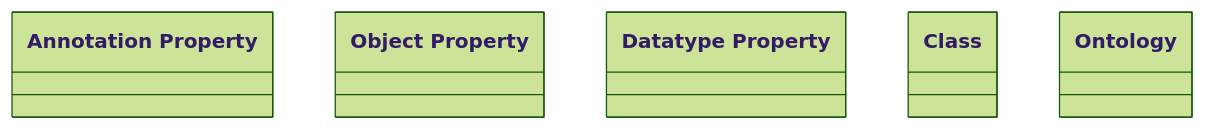
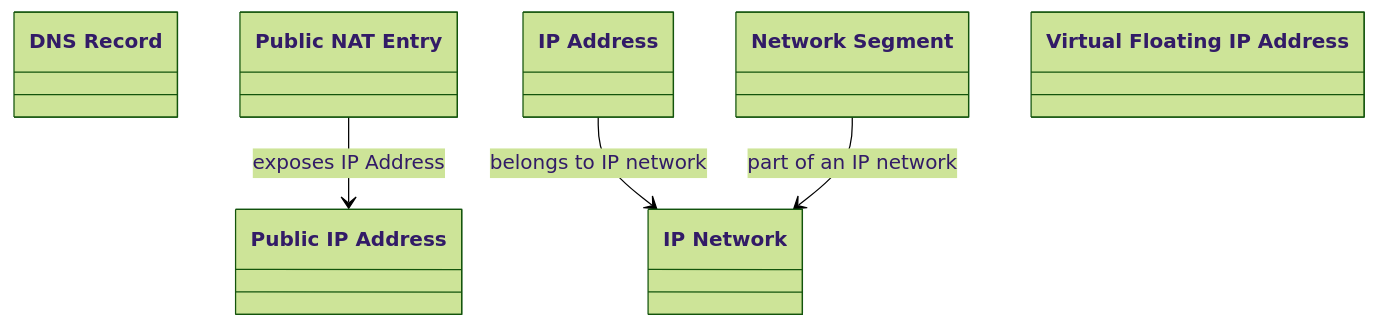
The diagram in output/ieswc_leng/network.ttl-leng-7-0-hard.md (oeg-upm/Devos), drawn with Mermaid (forest theme) before and after one commit. The commit also changed 267 other files, not shown here.

````diff
--- a/output/ieswc_leng/network.ttl-leng-7-0-hard.md
+++ b/output/ieswc_leng/network.ttl-leng-7-0-hard.md
@@ -1,27 +1,41 @@
 ```mermaid
 	classDiagram
 
     
-    class `Annotation Property` {
+    class `DNS Record` {
     
     }
 
-    class `Object Property` {
+    class `Public IP Address` {
     
     }
 
-    class `Datatype Property` {
+    class `IP Network` {
     
     }
 
-    class `Class` {
+    class `Public NAT Entry` {
     
     }
 
-    class `Ontology` {
+    class `IP Address` {
+    
+    }
+
+    class `Network Segment` {
+    
+    }
+
+    class `Virtual Floating IP Address` {
     
     }
 
 
 
+`IP Address`  --> `IP Network`   :belongs to IP network  
+
+`Network Segment`  --> `IP Network`   :part of an IP network  
+
+`Public NAT Entry`  --> `Public IP Address`   :exposes IP Address  
+
 ```
````
